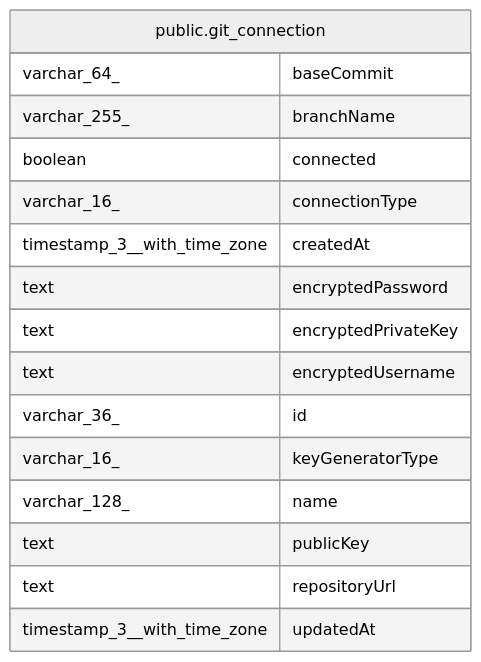
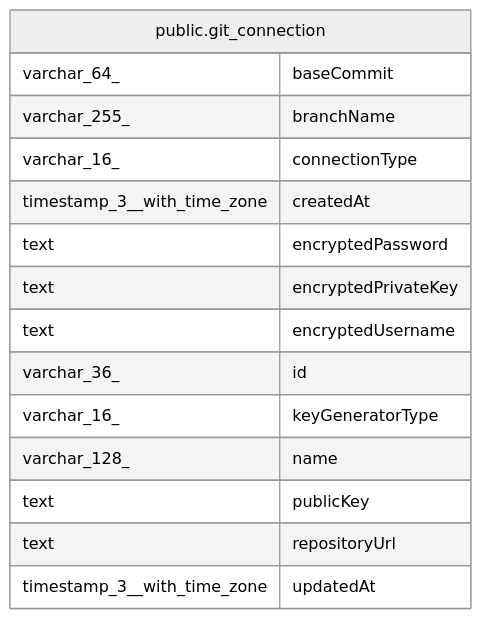
The diagram in docs/generated/postgres-schema/public.git_connection.md (achuDk/n8n), drawn with Mermaid (neutral theme) before and after one commit. The commit also changed other lines of this file and 6 other files, not shown here.

````diff
--- a/docs/generated/postgres-schema/public.git_connection.md
+++ b/docs/generated/postgres-schema/public.git_connection.md
@@ -45,21 +43,20 @@
 ```mermaid
 erDiagram
 
 
 "public.git_connection" {
   varchar_64_ baseCommit
   varchar_255_ branchName
-  boolean connected
   varchar_16_ connectionType
   timestamp_3__with_time_zone createdAt
   text encryptedPassword
   text encryptedPrivateKey
   text encryptedUsername
   varchar_36_ id
   varchar_16_ keyGeneratorType
   varchar_128_ name
   text publicKey
   text repositoryUrl
   timestamp_3__with_time_zone updatedAt
 }
 ```
````
